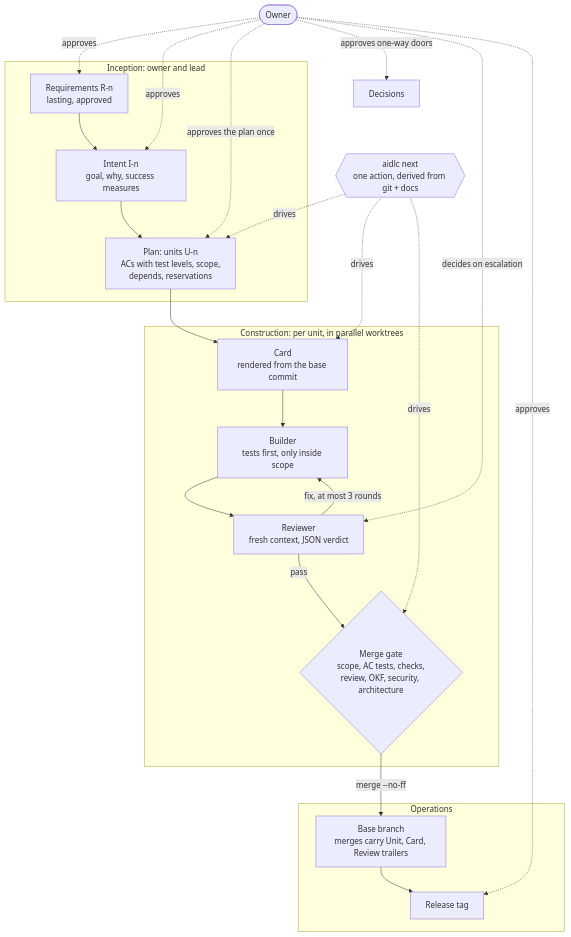
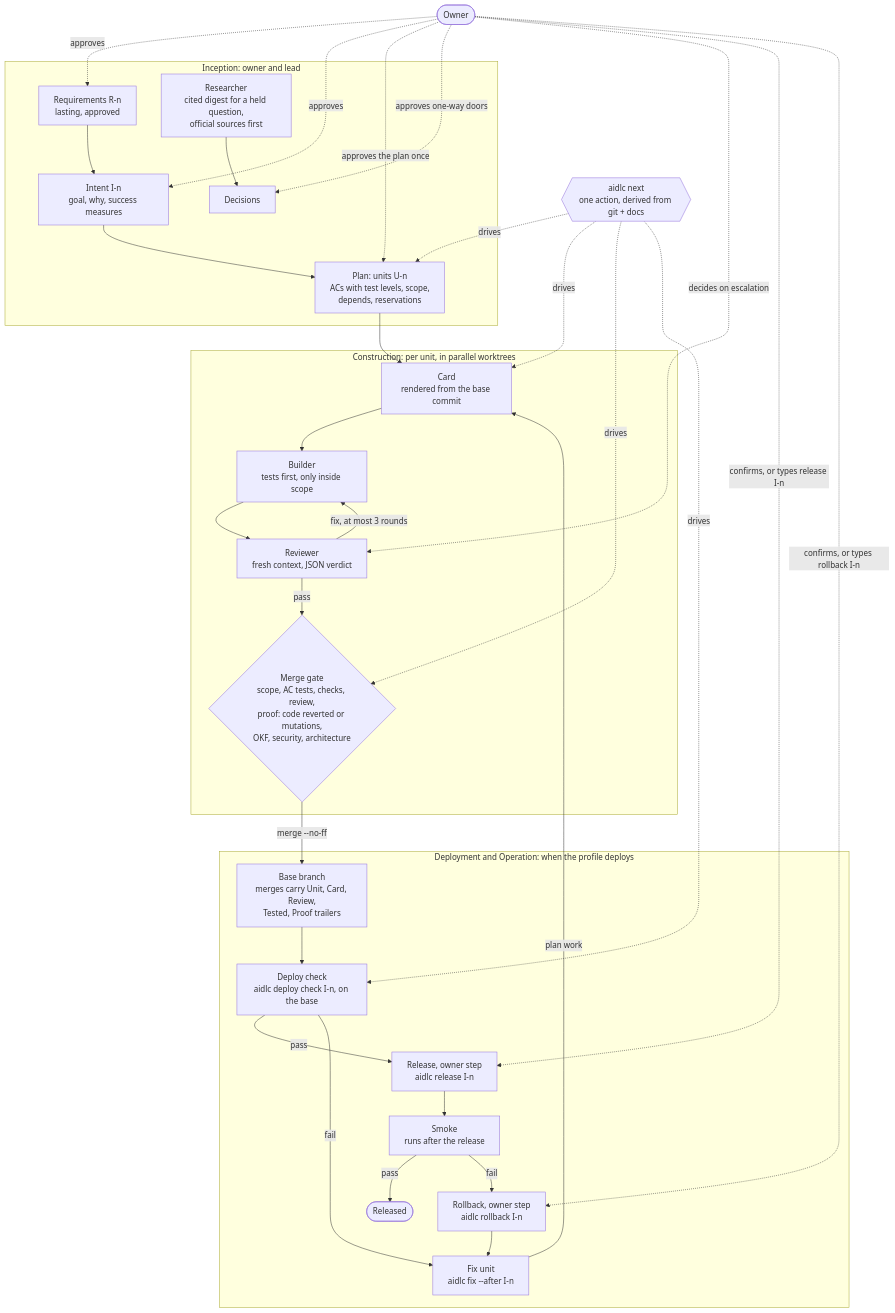
One commit to Scrollout/aidlc-team-plugin changed the first of 2 diagrams in README.md. Above: the diagram before and after it, drawn with Mermaid. The commit also changed other lines of this file and 6 other files, not shown here.

````diff
--- a/README.md
+++ b/README.md
@@ -18,42 +18,55 @@
 ```mermaid
 flowchart TB
   owner(["Owner"])
   next{{"aidlc next<br/>one action, derived from git + docs"}}
 
   subgraph inception["Inception: owner and lead"]
     req["Requirements R-n<br/>lasting, approved"]
     intent["Intent I-n<br/>goal, why, success measures"]
     plan["Plan: units U-n<br/>ACs with test levels, scope,<br/>depends, reservations"]
+    researcher["Researcher<br/>cited digest for a held question,<br/>official sources first"]
+    decision["Decisions"]
     req --> intent --> plan
+    researcher --> decision
   end
 
   subgraph construction["Construction: per unit, in parallel worktrees"]
     card["Card<br/>rendered from the base commit"]
     builder["Builder<br/>tests first, only inside scope"]
     reviewer["Reviewer<br/>fresh context, JSON verdict"]
-    gate{"Merge gate<br/>scope, AC tests, checks,<br/>review, OKF, security, architecture"}
+    gate{"Merge gate<br/>scope, AC tests, checks, review,<br/>proof: code reverted or mutations,<br/>OKF, security, architecture"}
     card --> builder --> reviewer
     reviewer -- "fix, at most 3 rounds" --> builder
     reviewer -- pass --> gate
   end
 
-  subgraph operations["Operations"]
-    base["Base branch<br/>merges carry Unit, Card, Review trailers"]
-    release["Release tag"]
-    base --> release
+  subgraph operations["Deployment and Operation: when the profile deploys"]
+    base["Base branch<br/>merges carry Unit, Card, Review,<br/>Tested, Proof trailers"]
+    check["Deploy check<br/>aidlc deploy check I-n, on the base"]
+    release["Release, owner step<br/>aidlc release I-n"]
+    smoke["Smoke<br/>runs after the release"]
+    rollback["Rollback, owner step<br/>aidlc rollback I-n"]
+    fixunit["Fix unit<br/>aidlc fix --after I-n"]
+    released(["Released"])
+    base --> check -- pass --> release --> smoke -- pass --> released
+    check -- fail --> fixunit
+    smoke -- fail --> rollback --> fixunit
   end
 
   plan --> card
   gate -- "merge --no-ff" --> base
+  fixunit -- "plan work" --> card
 
   owner -. approves .-> req
   owner -. approves .-> intent
   owner -. "approves the plan once" .-> plan
-  owner -. "approves one-way doors" .-> decision["Decisions"]
+  owner -. "approves one-way doors" .-> decision
   owner -. "decides on escalation" .-> reviewer
-  owner -. approves .-> release
+  owner -. "confirms, or types release I-n" .-> release
+  owner -. "confirms, or types rollback I-n" .-> rollback
 
   next -. drives .-> plan
   next -. drives .-> card
   next -. drives .-> gate
+  next -. drives .-> check
 ```
````
